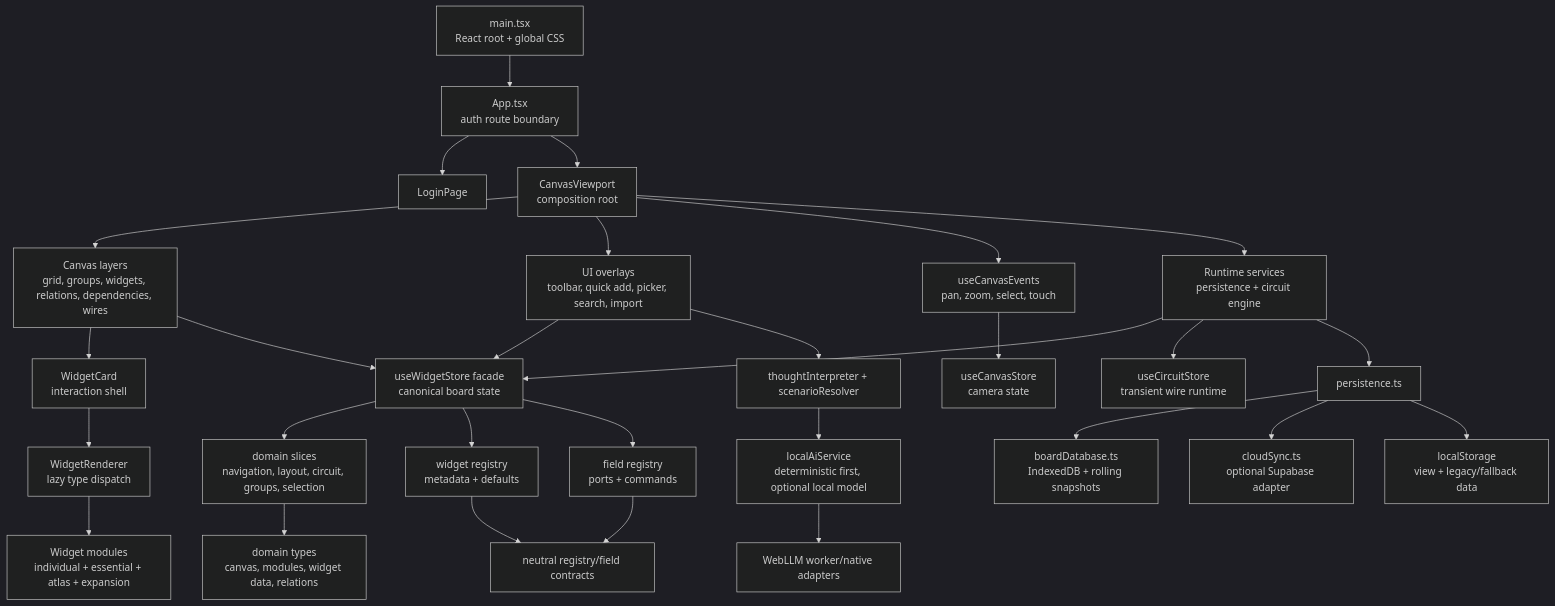
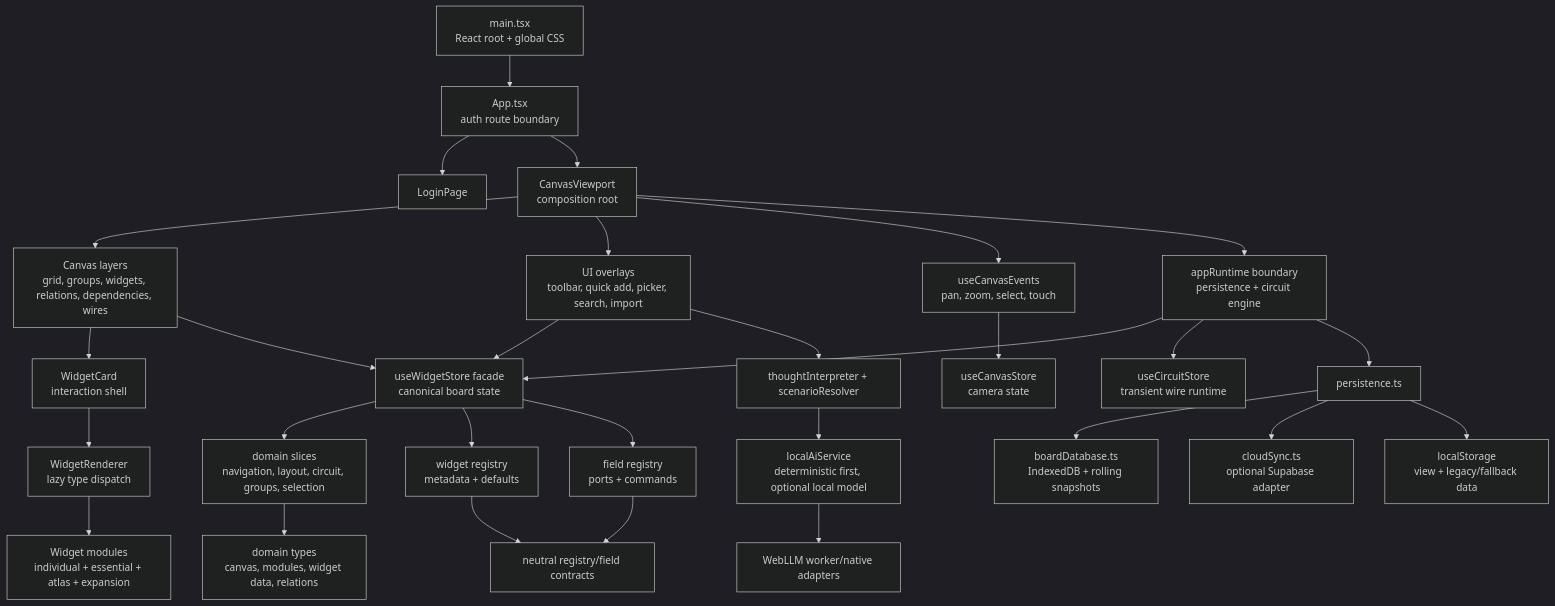
Before and after one commit to thenoodleheaded/grovepad: the first of 3 diagrams in docs/architecture-map.md, drawn with Mermaid (dark theme). The commit also changed other lines of this file and 32 other files, not shown here.

````diff
--- a/docs/architecture-map.md
+++ b/docs/architecture-map.md
@@ -39,37 +39,37 @@
 ```mermaid
 flowchart TD
   Main["main.tsx\nReact root + global CSS"] --> App["App.tsx\nauth route boundary"]
   App --> Login["LoginPage"]
   App --> Canvas["CanvasViewport\ncomposition root"]
 
   Canvas --> Layers["Canvas layers\ngrid, groups, widgets, relations, dependencies, wires"]
   Canvas --> UI["UI overlays\ntoolbar, quick add, picker, search, import"]
   Canvas --> Events["useCanvasEvents\npan, zoom, select, touch"]
-  Canvas --> Runtime["Runtime services\npersistence + circuit engine"]
+  Canvas --> Runtime["appRuntime boundary\npersistence + circuit engine"]
 
   Layers --> WidgetCard["WidgetCard\ninteraction shell"]
   WidgetCard --> Renderer["WidgetRenderer\nlazy type dispatch"]
   Renderer --> Modules["Widget modules\nindividual + essential + atlas + expansion"]
 
   UI --> WidgetStore["useWidgetStore facade\ncanonical board state"]
   Layers --> WidgetStore
   Events --> CanvasStore["useCanvasStore\ncamera state"]
   Runtime --> WidgetStore
   Runtime --> CircuitStore["useCircuitStore\ntransient wire runtime"]
 
   WidgetStore --> Slices["domain slices\nnavigation, layout, circuit, groups, selection"]
   WidgetStore --> Registry["widget registry\nmetadata + defaults"]
   WidgetStore --> Fields["field registry\nports + commands"]
   Registry --> Contracts["neutral registry/field contracts"]
   Fields --> Contracts
   Slices --> Types["domain types\ncanvas, modules, widget data, relations"]
 
   Runtime --> Persistence["persistence.ts"]
   Persistence --> IndexedDB["boardDatabase.ts\nIndexedDB + rolling snapshots"]
   Persistence --> Cloud["cloudSync.ts\noptional Supabase adapter"]
   Persistence --> LocalStorage["localStorage\nview + legacy/fallback data"]
 
   UI --> Thought["thoughtInterpreter + scenarioResolver"]
   Thought --> LocalAI["localAiService\ndeterministic first, optional local model"]
   LocalAI --> WebLLM["WebLLM worker/native adapters"]
 ```
````
